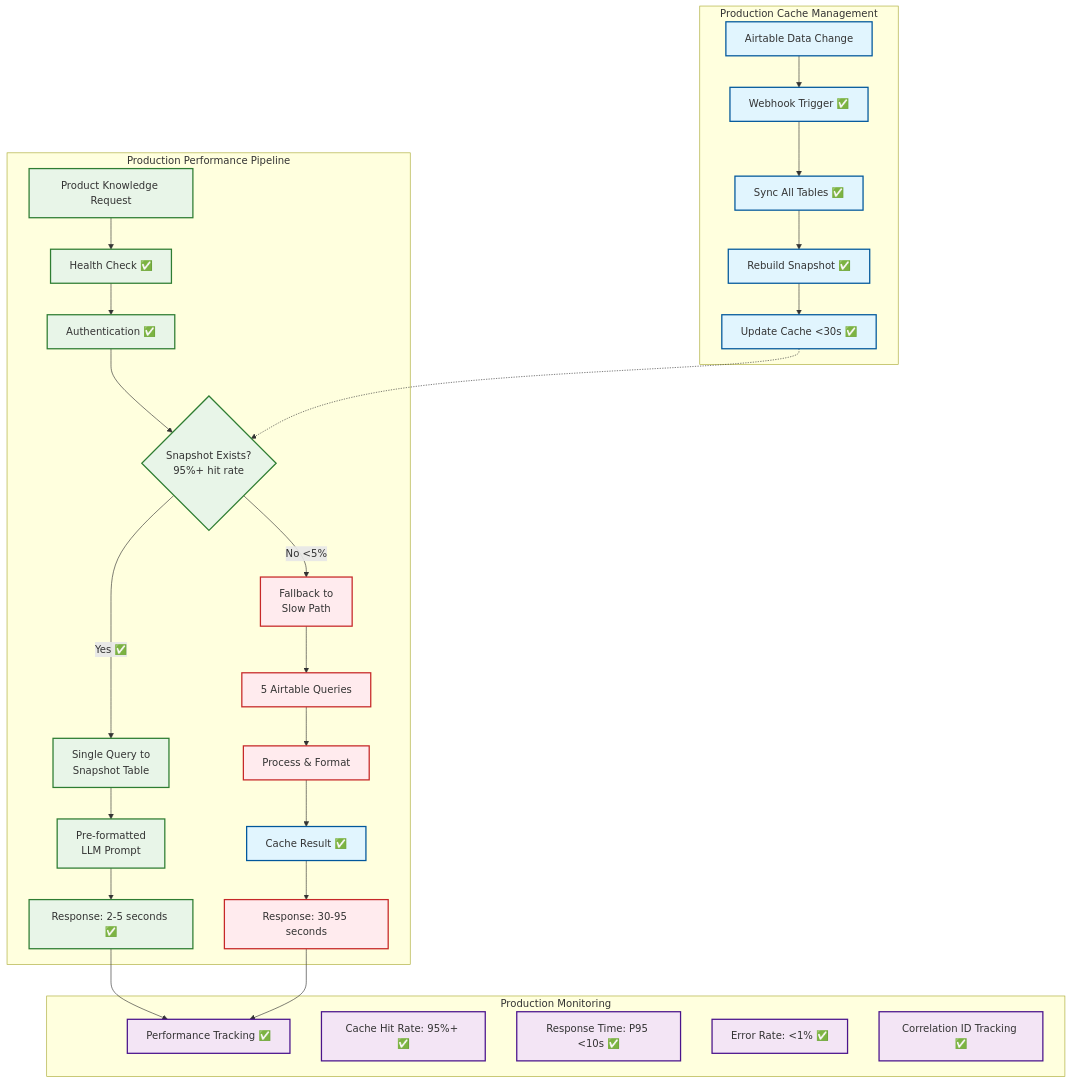
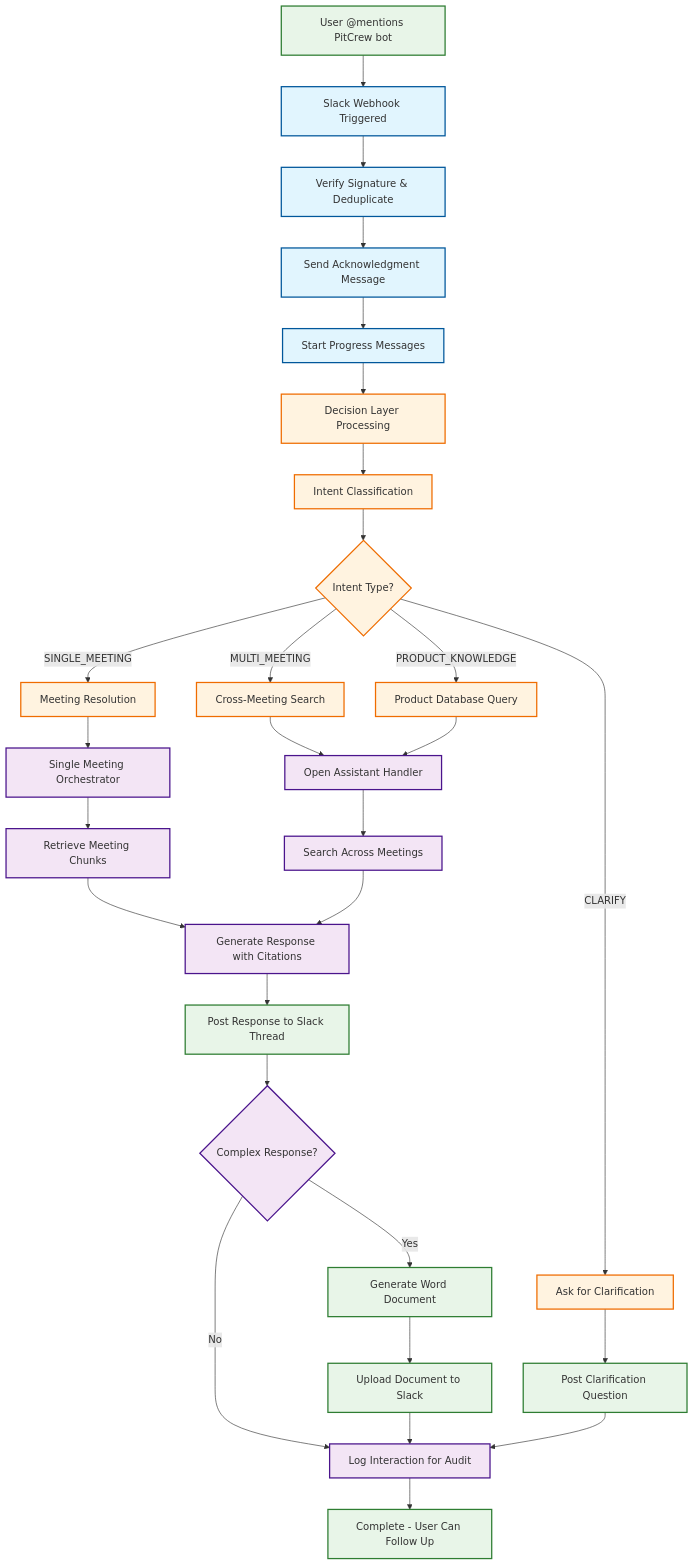
The third of 8 diagrams in docs/VISUAL_SYSTEM_DIAGRAMS.md (Ops-Team-Leverege/Mustard), drawn with Mermaid before and after one commit. The commit also changed other lines of this file and 2 other files, not shown here.

First line of the commit message:
Update documentation to reflect actual Decision Layer architecture

````diff
--- a/docs/VISUAL_SYSTEM_DIAGRAMS.md
+++ b/docs/VISUAL_SYSTEM_DIAGRAMS.md
@@ -121,46 +118,46 @@
 ```mermaid
 graph TD
-    subgraph "Production Performance Pipeline"
-        A1[Product Knowledge Request] --> B1[Health Check ✅]
-        B1 --> C1[Authentication ✅]
-        C1 --> D1{Snapshot Exists?<br/>95%+ hit rate}
-        D1 -->|Yes ✅| E1[Single Query to<br/>Snapshot Table]
-        E1 --> F1[Pre-formatted<br/>LLM Prompt]
-        F1 --> G1[Response: 2-5 seconds ✅]
-        
-        D1 -->|No <5%| H1[Fallback to<br/>Slow Path]
-        H1 --> I1[5 Airtable Queries]
-        I1 --> J1[Process & Format]
-        J1 --> K1[Cache Result ✅]
-        K1 --> L1[Response: 30-95 seconds]
-    end
+    A[User @mentions PitCrew bot] --> B[Slack Webhook Triggered]
+    B --> C[Verify Signature & Deduplicate]
+    C --> D[Send Acknowledgment Message]
+    D --> E[Start Progress Messages]
     
-    subgraph "Production Cache Management"
-        M1[Airtable Data Change] --> N1[Webhook Trigger ✅]
-        N1 --> O1[Sync All Tables ✅]
-        O1 --> P1[Rebuild Snapshot ✅]
-        P1 --> Q1[Update Cache <30s ✅]
-        Q1 -.-> D1
-    end
+    E --> F[Decision Layer Processing]
+    F --> G[Intent Classification]
+    G --> H{Intent Type?}
     
-    subgraph "Production Monitoring"
-        R1[Performance Tracking ✅]
-        S1[Cache Hit Rate: 95%+ ✅]
-        T1[Response Time: P95 <10s ✅]
-        U1[Error Rate: <1% ✅]
-        V1[Correlation ID Tracking ✅]
-    end
+    H -->|SINGLE_MEETING| I[Meeting Resolution]
+    H -->|MULTI_MEETING| J[Cross-Meeting Search]
+    H -->|PRODUCT_KNOWLEDGE| K[Product Database Query]
+    H -->|CLARIFY| L[Ask for Clarification]
     
-    G1 --> R1
-    L1 --> R1
+    I --> M[Single Meeting Orchestrator]
+    J --> N[Open Assistant Handler]
+    K --> N
+    L --> O[Post Clarification Question]
     
-    classDef fast fill:#e8f5e8,stroke:#2e7d32,stroke-width:2px
-    classDef slow fill:#ffebee,stroke:#c62828,stroke-width:2px
-    classDef cache fill:#e1f5fe,stroke:#01579b,stroke-width:2px
-    classDef monitoring fill:#f3e5f5,stroke:#4a148c,stroke-width:2px
+    M --> P[Retrieve Meeting Chunks]
+    N --> Q[Search Across Meetings]
+    P --> R[Generate Response with Citations]
+    Q --> R
     
-    class A1,B1,C1,D1,E1,F1,G1 fast
-    class H1,I1,J1,L1 slow
-    class M1,N1,O1,P1,Q1,K1 cache
-    class R1,S1,T1,U1,V1 monitoring
+    R --> S[Post Response to Slack Thread]
+    S --> T{Complex Response?}
+    T -->|Yes| U[Generate Word Document]
+    T -->|No| V[Log Interaction for Audit]
+    U --> W[Upload Document to Slack]
+    W --> V
+    
+    O --> V
+    V --> X[Complete - User Can Follow Up]
+    
+    classDef user fill:#e8f5e8,stroke:#2e7d32,stroke-width:2px
+    classDef slack fill:#e1f5fe,stroke:#01579b,stroke-width:2px
+    classDef decision fill:#fff3e0,stroke:#ef6c00,stroke-width:2px
+    classDef processing fill:#f3e5f5,stroke:#4a148c,stroke-width:2px
+    
+    class A,O,S,U,W,X user
+    class B,C,D,E slack
+    class F,G,H,I,J,K,L decision
+    class M,N,P,Q,R,T,V processing
 ```
````
